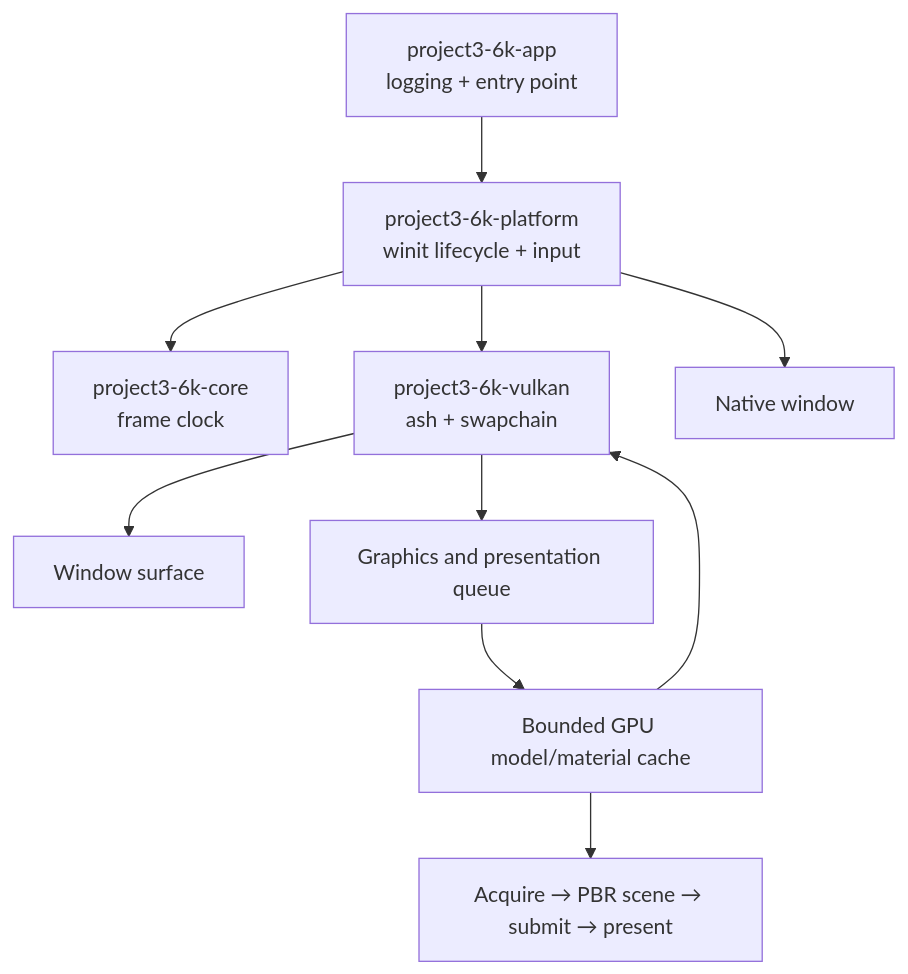
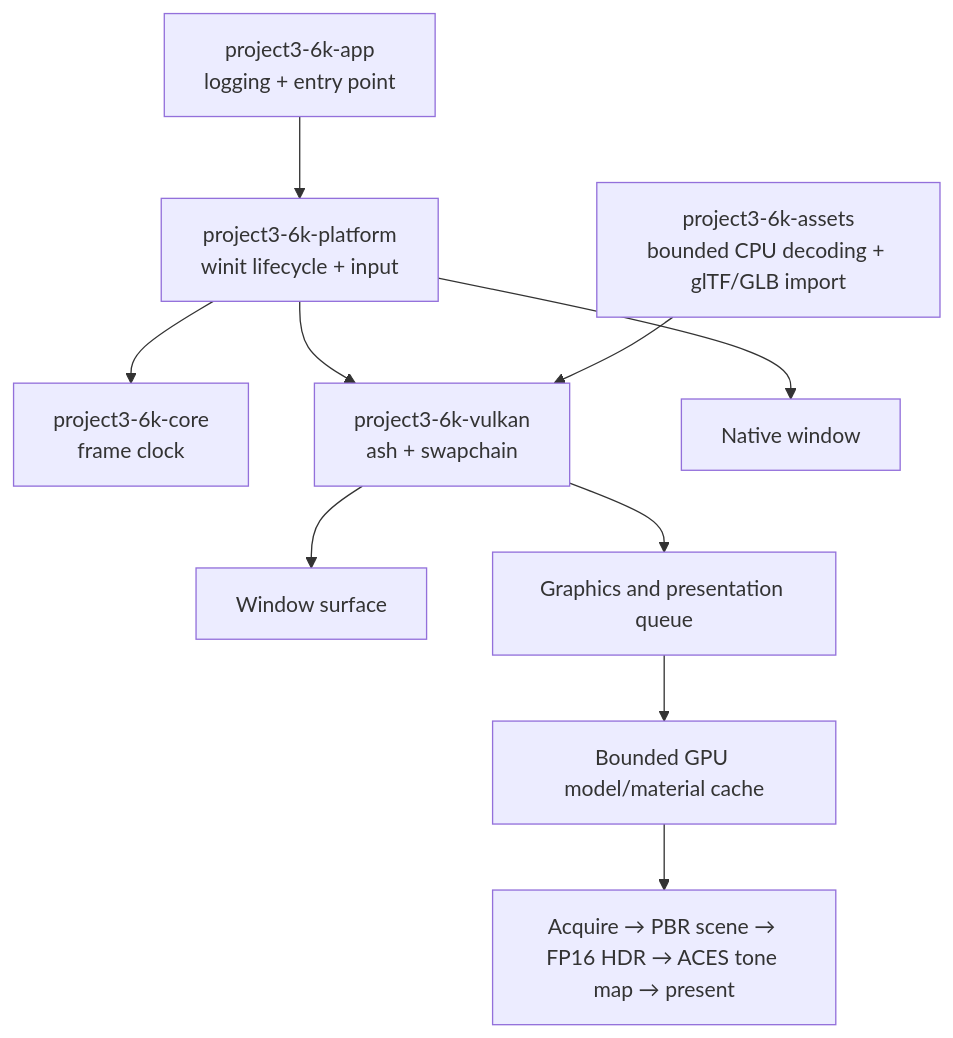
Before and after one commit to LarpingAgent/Project3.6k: the diagram in ARCHITECTURE.md, drawn with Mermaid. The commit also changed other lines of this file and 13 other files, not shown here.

Commit message:
feat(vulkan): render through FP16 HDR and tone mapping

````diff
--- a/ARCHITECTURE.md
+++ b/ARCHITECTURE.md
@@ -9,12 +9,12 @@
 ```mermaid
 flowchart TD
     App[project3-6k-app\nlogging + entry point] --> Platform[project3-6k-platform\nwinit lifecycle + input]
     Platform --> Core[project3-6k-core\nframe clock]
     Platform --> Vulkan[project3-6k-vulkan\nash + swapchain]
     Assets[project3-6k-assets\nbounded CPU decoding + glTF/GLB import] --> Vulkan
     Platform --> Window[Native window]
     Vulkan --> Surface[Window surface]
     Vulkan --> GPU[Graphics and presentation queue]
-    GPU --> Assets[Bounded GPU model/material cache]
-    Assets --> Swapchain[Acquire → PBR scene → submit → present]
+    GPU --> GpuCache[Bounded GPU model/material cache]
+    GpuCache --> Swapchain[Acquire → PBR scene → FP16 HDR → ACES tone map → present]
 ```
````
